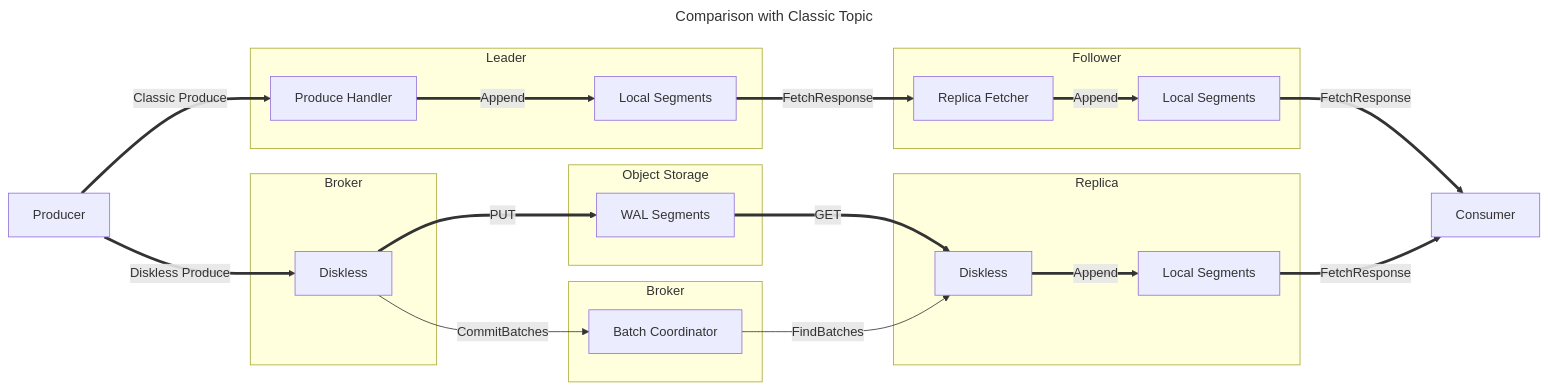
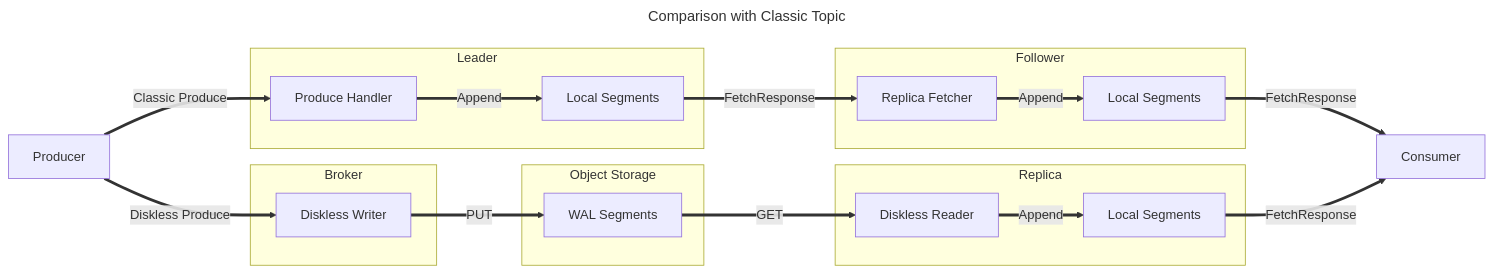
The second of 4 diagrams in docs/inkless/ARCHITECTURE.md (aiven/inkless), drawn with Mermaid before and after one commit. The commit also changed other lines of this file, not shown here.

Commit message:
fixup: port offsets management diagram from kip (lost original)

````diff
--- a/docs/inkless/ARCHITECTURE.md
+++ b/docs/inkless/ARCHITECTURE.md
@@ -30,36 +30,32 @@
 ```mermaid
 ---
 title: Comparison with Classic Topic
 ---
 flowchart LR
     Producer[Producer]
     Consumer[Consumer]
     subgraph Broker0[Leader]
         Broker0Handler[Produce Handler]
         Broker0Local[Local Segments]
     end
     subgraph Broker1[Follower]
         ReplicaFetcher[Replica Fetcher]
         Broker1Local[Local Segments]
     end
     subgraph Broker2[Broker]
-        Broker2Diskless[Diskless]
+        Broker2Diskless[Diskless Writer]
     end
     subgraph Broker3[Replica]
-        Broker3Diskless[Diskless]
+        Broker3Diskless[Diskless Reader]
         Broker3Local[Local Segments]
     end
     subgraph Cloud[Object Storage]
         ObjectStorage[WAL Segments]
     end
-    subgraph Broker4[Broker]
-        BatchIndex[Batch Coordinator]
-    end
     Producer == Classic Produce ==> Broker0Handler == Append ==> Broker0Local
     Broker0Local == FetchResponse ==> ReplicaFetcher == Append ==> Broker1Local
     Producer == Diskless Produce ==> Broker2Diskless
     Broker2Diskless == PUT ==> ObjectStorage == GET ==> Broker3Diskless
-    Broker2Diskless -- CommitBatches --> BatchIndex -- FindBatches --> Broker3Diskless
     Broker3Diskless == Append ==> Broker3Local
     Broker1Local & Broker3Local == FetchResponse ==> Consumer
 ```
````
